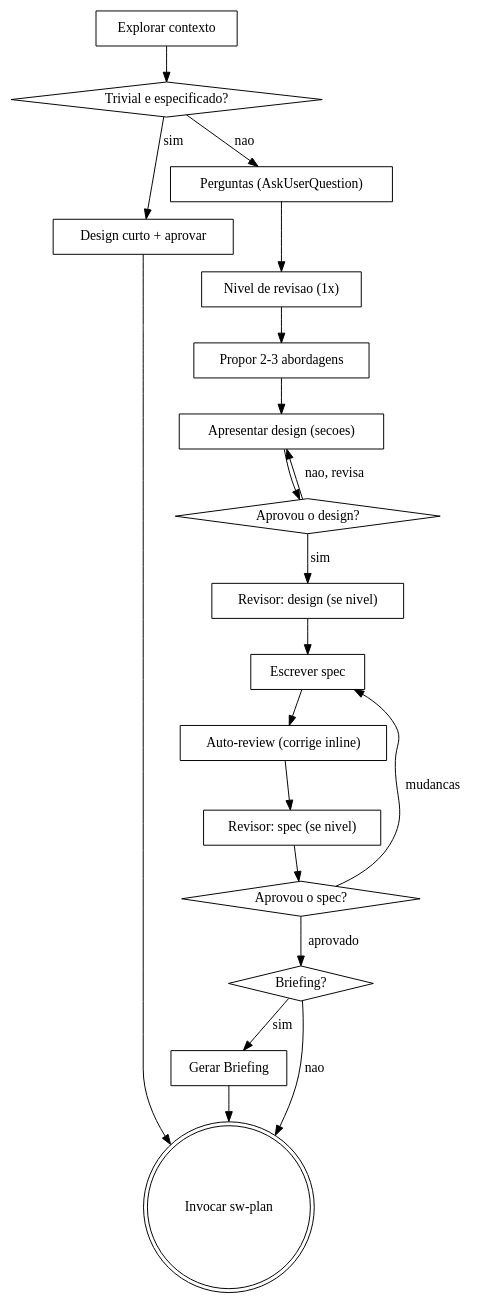
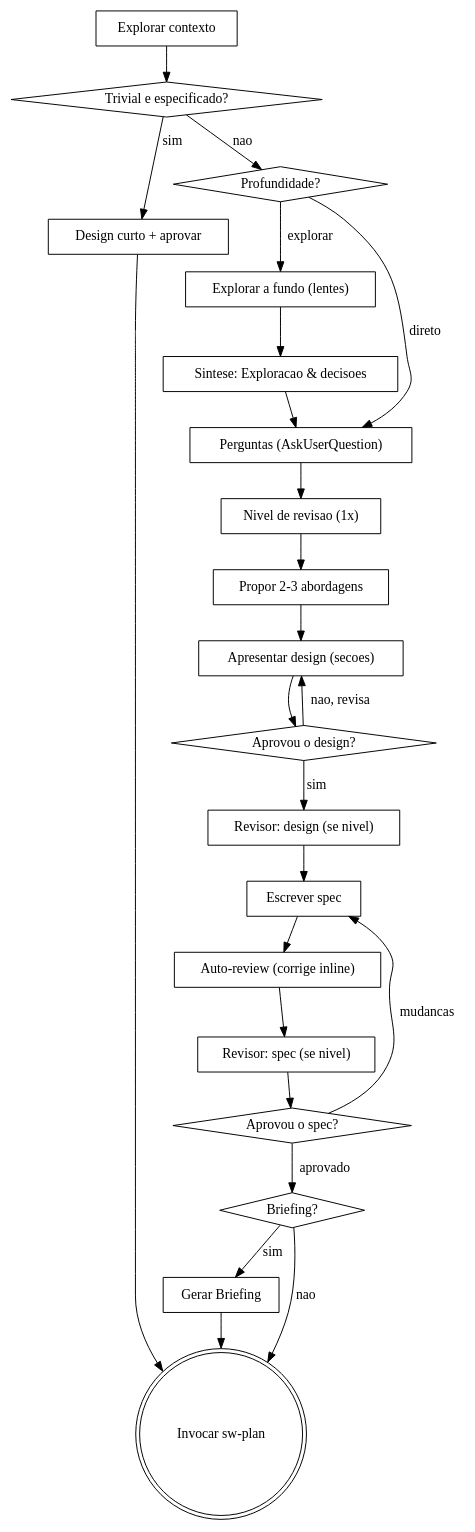
The diagram in plugins/sw-brainstorming/skills/sw-brainstorming/SKILL.md (systemweb-dev/ai-marketplace), drawn with Graphviz before and after one commit. The commit also changed other lines of this file and 3 other files, not shown here.

First line of the commit message:
feat(sw-brainstorming): modo exploração 'Explorar a fundo' (v0.4.0)

````diff
--- a/plugins/sw-brainstorming/skills/sw-brainstorming/SKILL.md
+++ b/plugins/sw-brainstorming/skills/sw-brainstorming/SKILL.md
@@ -73,40 +77,47 @@
 ```dot
 digraph brainstorming {
     "Explorar contexto" [shape=box];
     "Trivial e especificado?" [shape=diamond];
     "Design curto + aprovar" [shape=box];
+    "Profundidade?" [shape=diamond];
+    "Explorar a fundo (lentes)" [shape=box];
+    "Sintese: Exploracao & decisoes" [shape=box];
     "Perguntas (AskUserQuestion)" [shape=box];
     "Nivel de revisao (1x)" [shape=box];
     "Revisor: design (se nivel)" [shape=box];
     "Revisor: spec (se nivel)" [shape=box];
     "Propor 2-3 abordagens" [shape=box];
     "Apresentar design (secoes)" [shape=box];
     "Aprovou o design?" [shape=diamond];
     "Escrever spec" [shape=box];
     "Auto-review (corrige inline)" [shape=box];
     "Aprovou o spec?" [shape=diamond];
     "Briefing?" [shape=diamond];
     "Gerar Briefing" [shape=box];
     "Invocar sw-plan" [shape=doublecircle];
 
     "Explorar contexto" -> "Trivial e especificado?";
     "Trivial e especificado?" -> "Design curto + aprovar" [label="sim"];
-    "Trivial e especificado?" -> "Perguntas (AskUserQuestion)" [label="nao"];
+    "Trivial e especificado?" -> "Profundidade?" [label="nao"];
     "Design curto + aprovar" -> "Invocar sw-plan";
+    "Profundidade?" -> "Perguntas (AskUserQuestion)" [label="direto"];
+    "Profundidade?" -> "Explorar a fundo (lentes)" [label="explorar"];
+    "Explorar a fundo (lentes)" -> "Sintese: Exploracao & decisoes";
+    "Sintese: Exploracao & decisoes" -> "Perguntas (AskUserQuestion)";
     "Perguntas (AskUserQuestion)" -> "Nivel de revisao (1x)";
     "Nivel de revisao (1x)" -> "Propor 2-3 abordagens";
     "Propor 2-3 abordagens" -> "Apresentar design (secoes)";
     "Apresentar design (secoes)" -> "Aprovou o design?";
     "Aprovou o design?" -> "Apresentar design (secoes)" [label="nao, revisa"];
     "Aprovou o design?" -> "Revisor: design (se nivel)" [label="sim"];
     "Revisor: design (se nivel)" -> "Escrever spec";
     "Escrever spec" -> "Auto-review (corrige inline)";
     "Auto-review (corrige inline)" -> "Revisor: spec (se nivel)";
     "Revisor: spec (se nivel)" -> "Aprovou o spec?";
     "Aprovou o spec?" -> "Escrever spec" [label="mudancas"];
     "Aprovou o spec?" -> "Briefing?" [label="aprovado"];
     "Briefing?" -> "Gerar Briefing" [label="sim"];
     "Briefing?" -> "Invocar sw-plan" [label="nao"];
     "Gerar Briefing" -> "Invocar sw-plan";
 }
 ```
````
